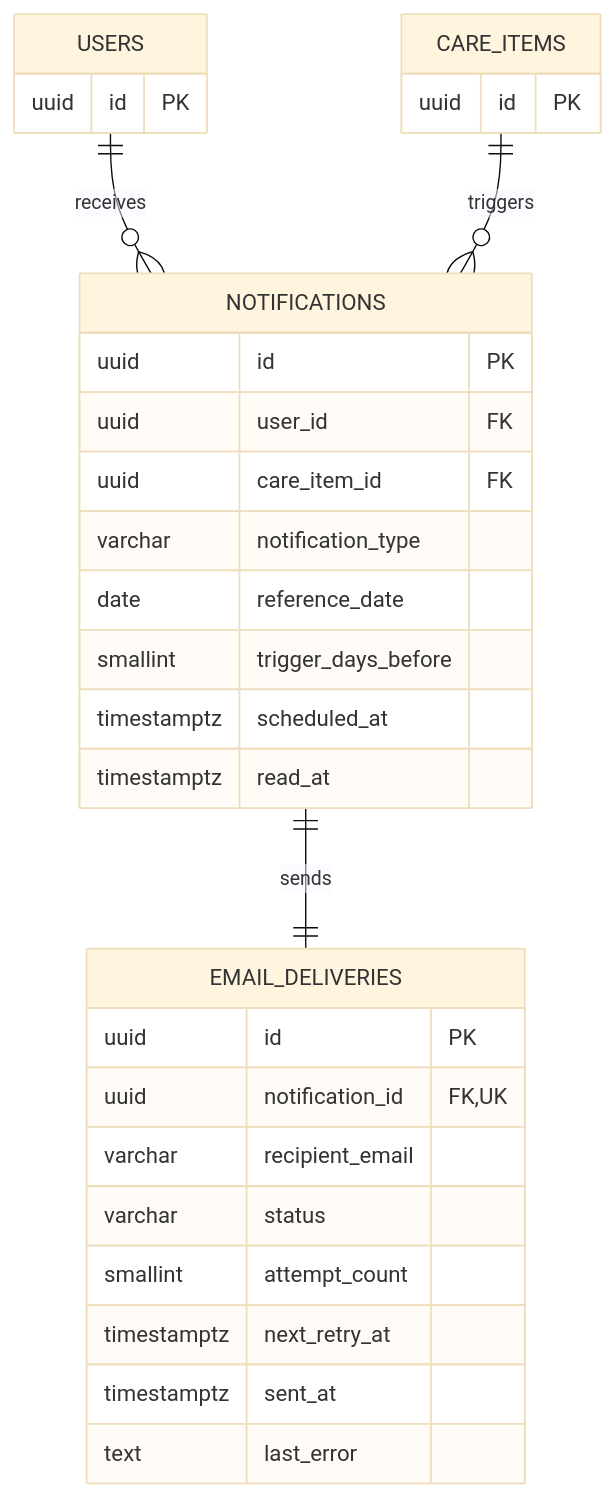
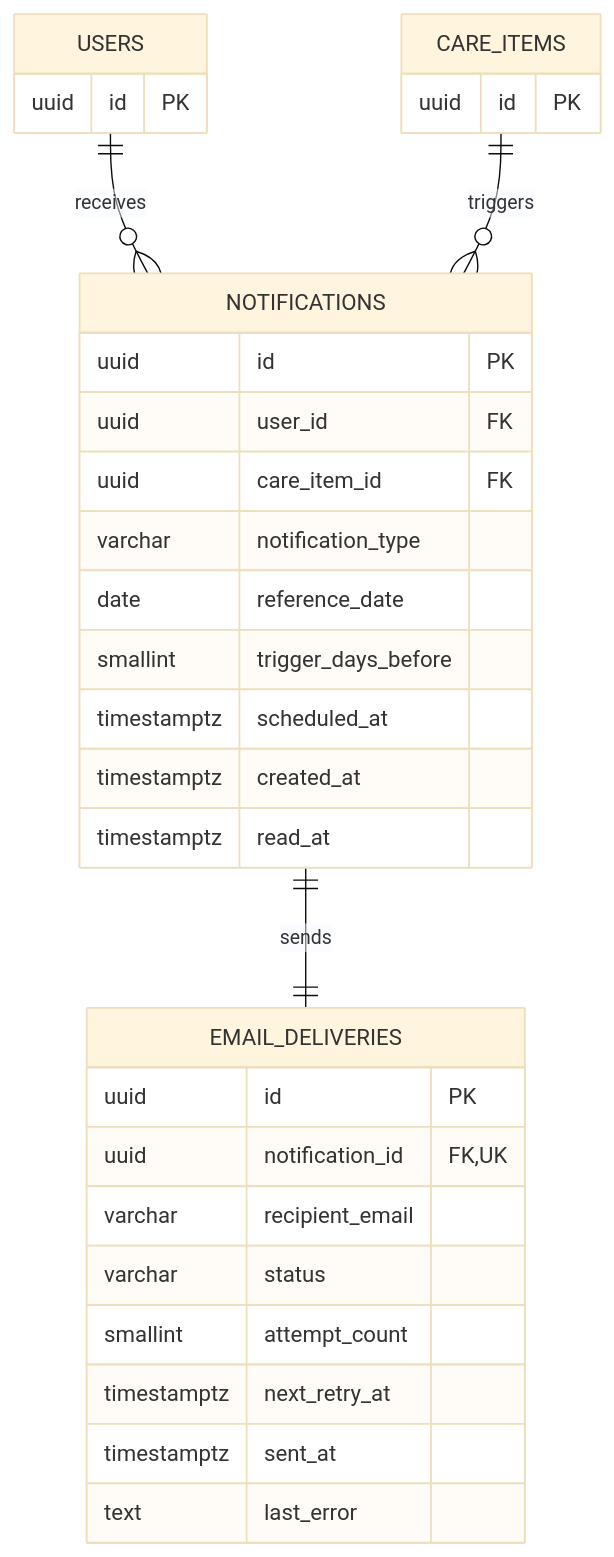
Before and after one commit to Pilot-project-python5/backend: the fourth of 4 diagrams in docs/architecture/erd.md, drawn with Mermaid (base theme). The commit also changed other lines of this file and 33 other files, not shown here.

````diff
--- a/docs/architecture/erd.md
+++ b/docs/architecture/erd.md
@@ -395,36 +395,37 @@
 ```mermaid
 erDiagram
     USERS ||--o{ NOTIFICATIONS : receives
     CARE_ITEMS ||--o{ NOTIFICATIONS : triggers
     NOTIFICATIONS ||--|| EMAIL_DELIVERIES : sends
 
     USERS {
         uuid id PK
     }
 
     CARE_ITEMS {
         uuid id PK
     }
 
     NOTIFICATIONS {
         uuid id PK
         uuid user_id FK
         uuid care_item_id FK
         varchar notification_type
         date reference_date
         smallint trigger_days_before
         timestamptz scheduled_at
+        timestamptz created_at
         timestamptz read_at
     }
 
     EMAIL_DELIVERIES {
         uuid id PK
         uuid notification_id FK,UK
         varchar recipient_email
         varchar status
         smallint attempt_count
         timestamptz next_retry_at
         timestamptz sent_at
         text last_error
     }
 ```
````
